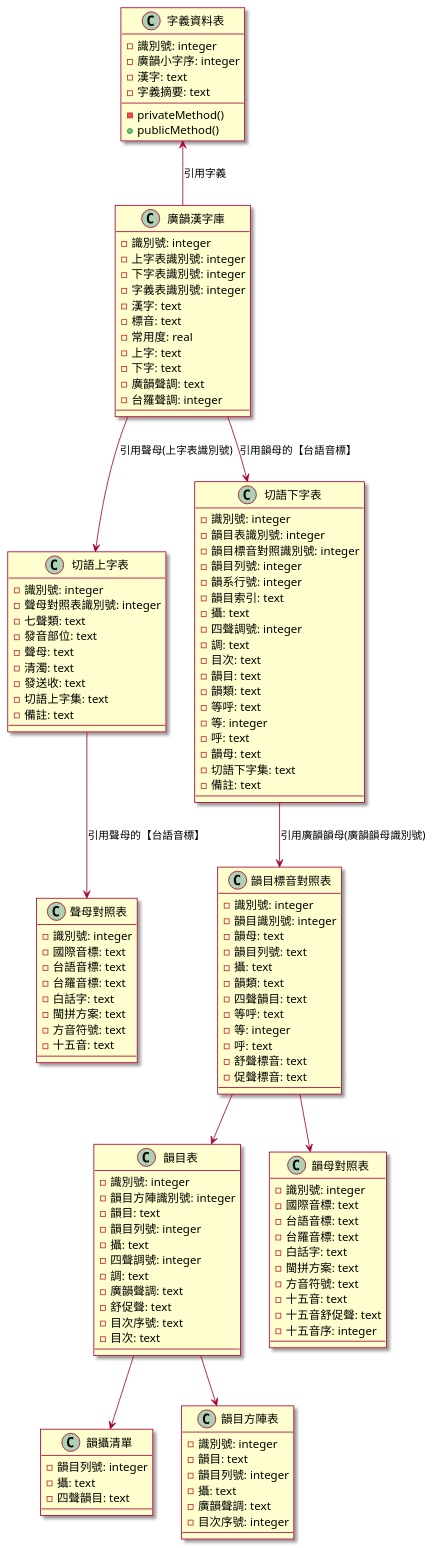
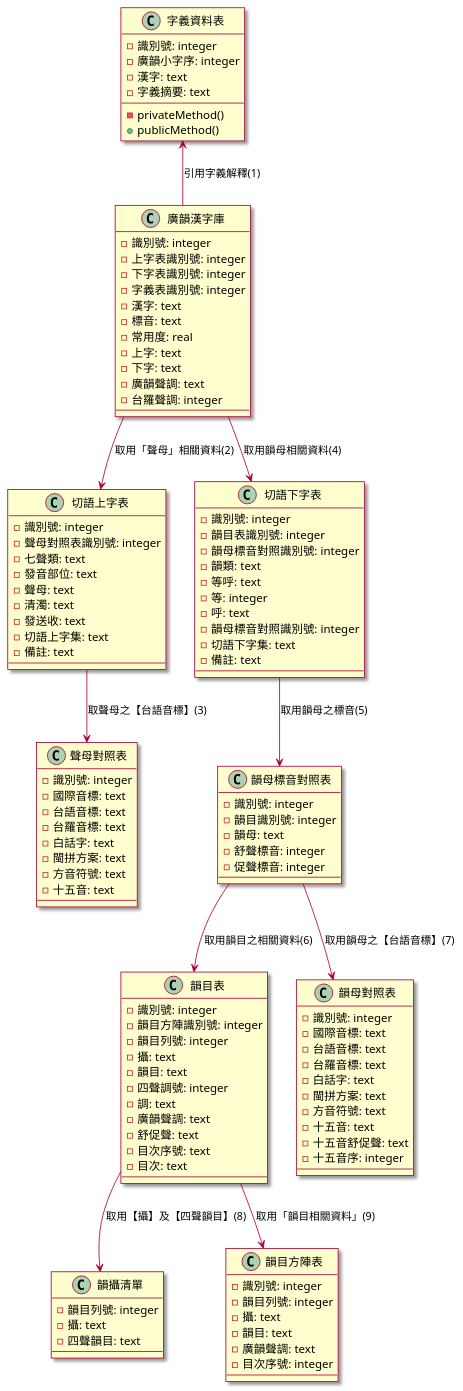
Before and after one commit to AlanJui/Piau-Im: the diagram in Documents/廣韻/SDD-100_廣韻漢字庫資料模型.md, drawn with PlantUML. The commit also changed other lines of this file and 3 other files, not shown here.

````diff
--- a/Documents/廣韻/SDD-100_廣韻漢字庫資料模型.md
+++ b/Documents/廣韻/SDD-100_廣韻漢字庫資料模型.md
@@ -14,7 +14,7 @@
     +publicMethod()
 }
 
-字義資料表 <-- 廣韻漢字庫 : 引用字義
+字義資料表 <-- 廣韻漢字庫 : 引用字義解釋(1)
 
 class 廣韻漢字庫 {
     - 識別號: integer
@@ -30,7 +30,7 @@
     - 台羅聲調: integer
 }
 
-廣韻漢字庫 --> 切語上字表 : 引用聲母(上字表識別號)
+廣韻漢字庫 --> 切語上字表 : 取用「聲母」相關資料(2)
 
 class 切語上字表 {
     - 識別號: integer
@@ -44,7 +44,7 @@
     - 備註: text
 }
 
-切語上字表 --> 聲母對照表 : 引用聲母的【台語音標】
+切語上字表 --> 聲母對照表 :  取聲母之【台語音標】(3)
 
 class 聲母對照表 {
     - 識別號: integer
@@ -57,54 +57,39 @@
     - 十五音: text
 }
 
-廣韻漢字庫 --> 切語下字表 : 引用韻母的【台語音標】
+廣韻漢字庫 --> 切語下字表 : 取用韻母相關資料(4)
 
 class 切語下字表 {
     - 識別號: integer
     - 韻目表識別號: integer
-    - 韻目標音對照識別號: integer
-    - 韻目列號: integer
-    - 韻系行號: integer
-    - 韻目索引: text
-    - 攝: text
-    - 四聲調號: integer
-    - 調: text
-    - 目次: text
-    - 韻目: text
+    - 韻母標音對照識別號: integer
     - 韻類: text
     - 等呼: text
     - 等: integer
     - 呼: text
-    - 韻母: text
+    - 韻母標音對照識別號: integer
     - 切語下字集: text
     - 備註: text
 }
 
-切語下字表 --> 韻目標音對照表 : 引用廣韻韻母(廣韻韻母識別號)
+切語下字表 --> 韻母標音對照表 : 取用韻母之標音(5)
 
-class 韻目標音對照表 {
+class 韻母標音對照表 {
     - 識別號: integer
     - 韻目識別號: integer
     - 韻母: text
-    - 韻目列號: text
-    - 攝: text
-    - 韻類: text
-    - 四聲韻目: text
-    - 等呼: text
-    - 等: integer
-    - 呼: text
-    - 舒聲標音: text
-    - 促聲標音: text
+    - 舒聲標音: integer
+    - 促聲標音: integer
 }
 
-韻目標音對照表 --> 韻目表
+韻母標音對照表 --> 韻目表 : 取用韻目之相關資料(6)
 
 class 韻目表 {
     - 識別號: integer
     - 韻目方陣識別號: integer
-    - 韻目: text
     - 韻目列號: integer
     - 攝: text
+    - 韻目: text
     - 四聲調號: integer
     - 調: text
     - 廣韻聲調: text
@@ -113,27 +98,7 @@
     - 目次: text
 }
 
-韻目表 --> 韻攝清單
-
-class 韻攝清單 {
-    - 韻目列號: integer
-    - 攝: text
-    - 四聲韻目: text
-}
-
-韻目表 --> 韻目方陣表
-
-class 韻目方陣表 {
-    - 識別號: integer
-    - 韻目: text
-    - 韻目列號: integer
-    - 攝: text
-    - 廣韻聲調: text
-    - 目次序號: integer
-}
-
-
-韻目標音對照表 --> 韻母對照表
+韻母標音對照表 --> 韻母對照表 : 取用韻母之【台語音標】(7)
 
 class 韻母對照表 {
     - 識別號: integer
@@ -148,5 +113,23 @@
     - 十五音序: integer
 }
 
+韻目表 --> 韻攝清單 : 取用【攝】及【四聲韻目】(8)
+
+class 韻攝清單 {
+    - 韻目列號: integer
+    - 攝: text
+    - 四聲韻目: text
+}
+
+韻目表 --> 韻目方陣表 : 取用「韻目相關資料」(9)
+
+class 韻目方陣表 {
+    - 識別號: integer
+    - 韻目列號: integer
+    - 攝: text
+    - 韻目: text
+    - 廣韻聲調: text
+    - 目次序號: integer
+}
 @enduml
 ```
````
